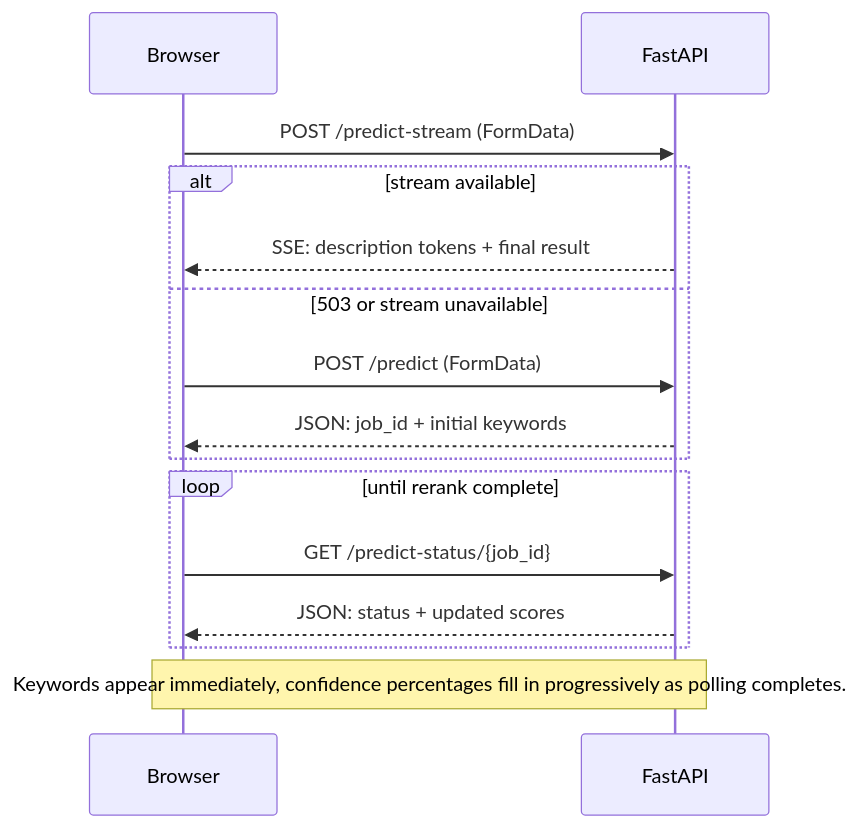
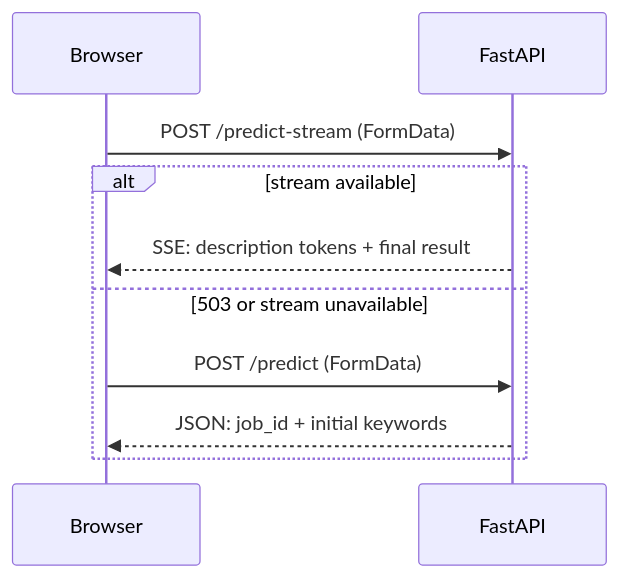
One commit to cs2535-oakhoury-2026spring/Mills-Museum changed the third of 5 diagrams in docs/frontend-architecture.md. Above: the diagram before and after it, drawn with Mermaid. The commit also changed other lines of this file, not shown here.

Commit message:
2 diagrams

````diff
--- a/docs/frontend-architecture.md
+++ b/docs/frontend-architecture.md
@@ -111,18 +111,14 @@
 ```mermaid
+%% Diagram: Prediction request
 sequenceDiagram
   participant browser as Browser
   participant fastApi as FastAPI
 
   browser->>fastApi: POST /predict-stream (FormData)
   alt stream available
     fastApi-->>browser: SSE: description tokens + final result
   else 503 or stream unavailable
     browser->>fastApi: POST /predict (FormData)
     fastApi-->>browser: JSON: job_id + initial keywords
   end
-  loop until rerank complete
-    browser->>fastApi: GET /predict-status/{job_id}
-    fastApi-->>browser: JSON: status + updated scores
-  end
-  Note over browser,fastApi: Keywords appear immediately, confidence percentages fill in progressively as polling completes.
 ```
````
